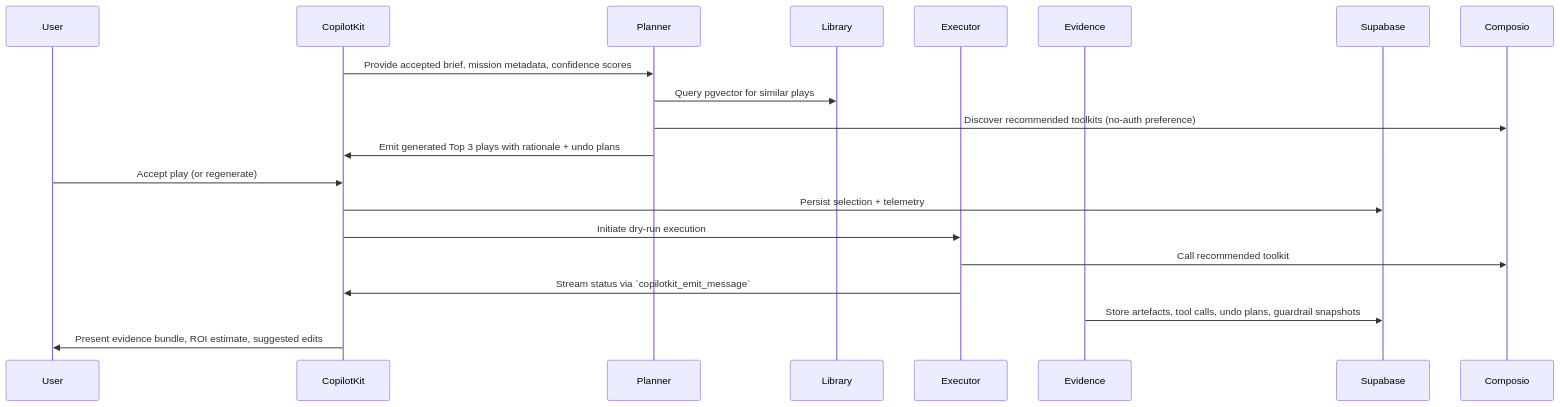
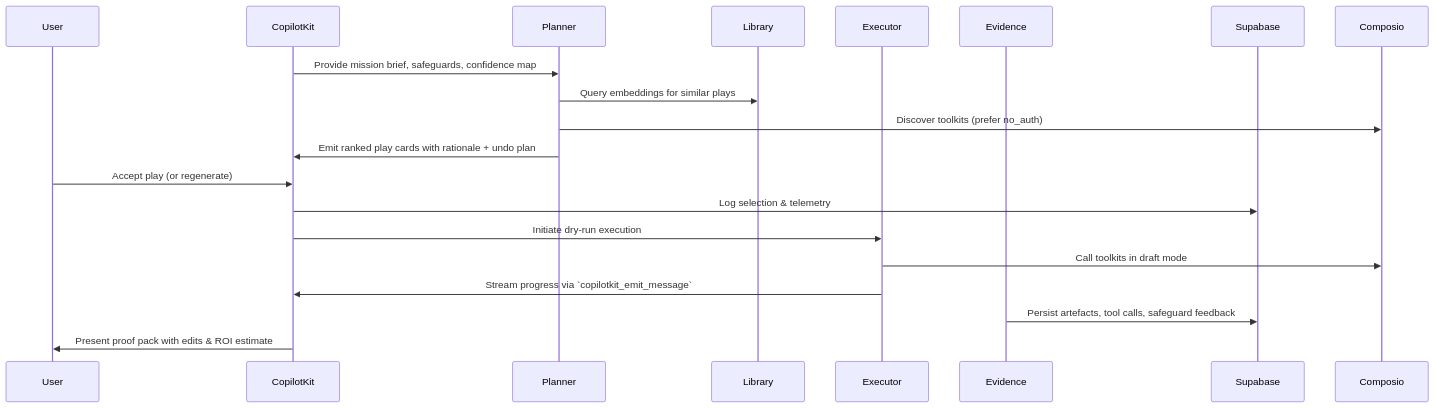
The second of 4 diagrams in new_docs/architecture.md (maxbaluev/ai_employee_0), drawn with Mermaid before and after one commit. The commit also changed other lines of this file and 5 other files, not shown here.

````diff
--- a/new_docs/architecture.md
+++ b/new_docs/architecture.md
@@ -134,22 +136,22 @@
 ```mermaid
 sequenceDiagram
     participant User
     participant CopilotKit
     participant Planner
     participant Library
     participant Executor
     participant Evidence
     participant Supabase
 
-    CopilotKit->>Planner: Provide accepted brief, mission metadata, confidence scores
-    Planner->>Library: Query pgvector for similar plays
-    Planner->>Composio: Discover recommended toolkits (no-auth preference)
-    Planner->>CopilotKit: Emit generated Top 3 plays with rationale + undo plans
+    CopilotKit->>Planner: Provide mission brief, safeguards, confidence map
+    Planner->>Library: Query embeddings for similar plays
+    Planner->>Composio: Discover toolkits (prefer no_auth)
+    Planner->>CopilotKit: Emit ranked play cards with rationale + undo plan
     User->>CopilotKit: Accept play (or regenerate)
-    CopilotKit->>Supabase: Persist selection + telemetry
+    CopilotKit->>Supabase: Log selection & telemetry
     CopilotKit->>Executor: Initiate dry-run execution
-    Executor->>Composio: Call recommended toolkit
-    Executor->>CopilotKit: Stream status via `copilotkit_emit_message`
-    Evidence->>Supabase: Store artefacts, tool calls, undo plans, guardrail snapshots
-    CopilotKit->>User: Present evidence bundle, ROI estimate, suggested edits
+    Executor->>Composio: Call toolkits in draft mode
+    Executor->>CopilotKit: Stream progress via `copilotkit_emit_message`
+    Evidence->>Supabase: Persist artefacts, tool calls, safeguard feedback
+    CopilotKit->>User: Present proof pack with edits & ROI estimate
 ```
````
